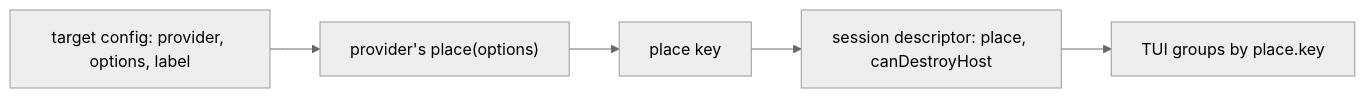
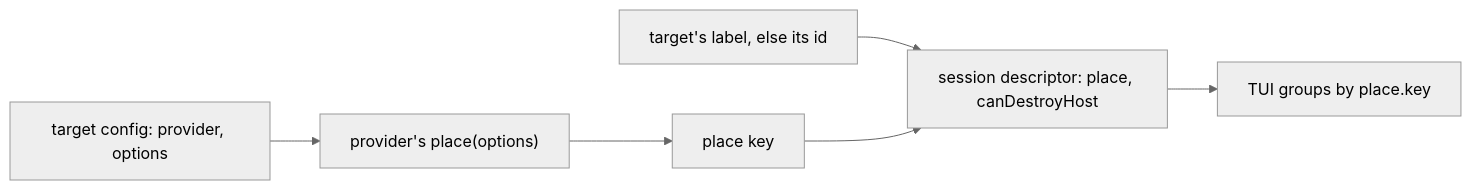
The diagram in docs/design/tui-redesign/places.md (zgeoff/atc), drawn with Mermaid (neutral theme) before and after one commit. The commit also changed other lines of this file and 27 other files, not shown here.

First line of the commit message:
feat: send each session's place in its descriptor (#1346)

````diff
--- a/docs/design/tui-redesign/places.md
+++ b/docs/design/tui-redesign/places.md
@@ -13,7 +13,8 @@
 ```mermaid
 flowchart LR
-  cfg["target config: provider, options, label"] --> rule["provider's place(options)"]
+  cfg["target config: provider, options"] --> rule["provider's place(options)"]
   rule --> key[place key]
+  label["target's label, else its id"] --> desc
   key --> desc["session descriptor: place, canDestroyHost"]
   desc --> tui[TUI groups by place.key]
 ```
````
